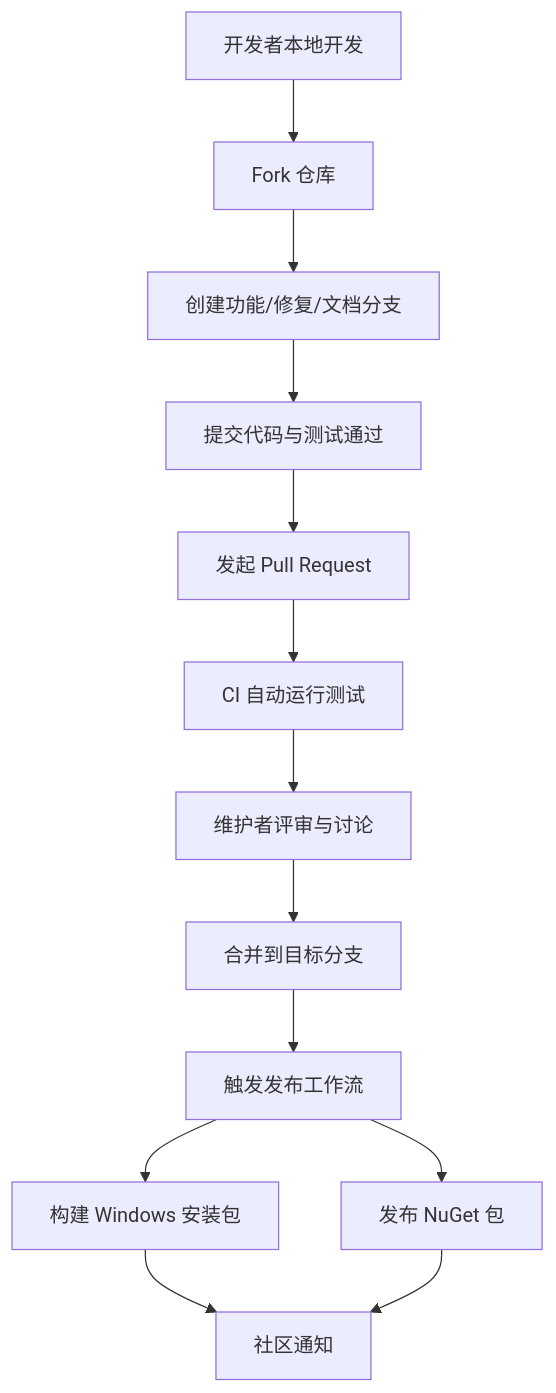
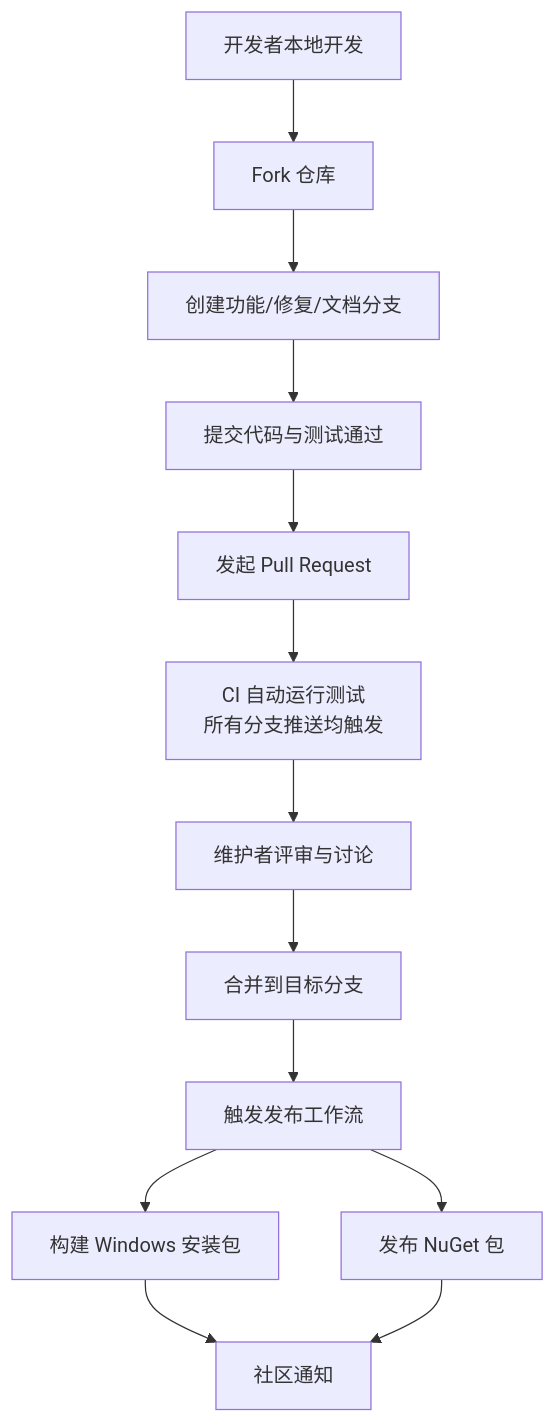
The second of 3 diagrams in .qoder/repowiki/zh/content/开发者指南/贡献流程.md (tea4go/Macro-Deck), drawn with Mermaid before and after one commit. The commit also changed other lines of this file and 19 other files, not shown here.

````diff
--- a/.qoder/repowiki/zh/content/开发者指南/贡献流程.md
+++ b/.qoder/repowiki/zh/content/开发者指南/贡献流程.md
@@ -102,15 +101,15 @@
 ```mermaid
 graph TB
 Dev["开发者本地开发"] --> Fork["Fork 仓库"]
 Fork --> Branch["创建功能/修复/文档分支"]
 Branch --> Commit["提交代码与测试通过"]
 Commit --> PR["发起 Pull Request"]
-PR --> CI["CI 自动运行测试"]
+PR --> CI["CI 自动运行测试<br/>所有分支推送均触发"]
 CI --> Review["维护者评审与讨论"]
 Review --> Merge["合并到目标分支"]
 Merge --> Release["触发发布工作流"]
 Release --> WinBuild["构建 Windows 安装包"]
 Release --> NuGet["发布 NuGet 包"]
 WinBuild --> Notify["社区通知"]
 NuGet --> Notify
 ```
````
